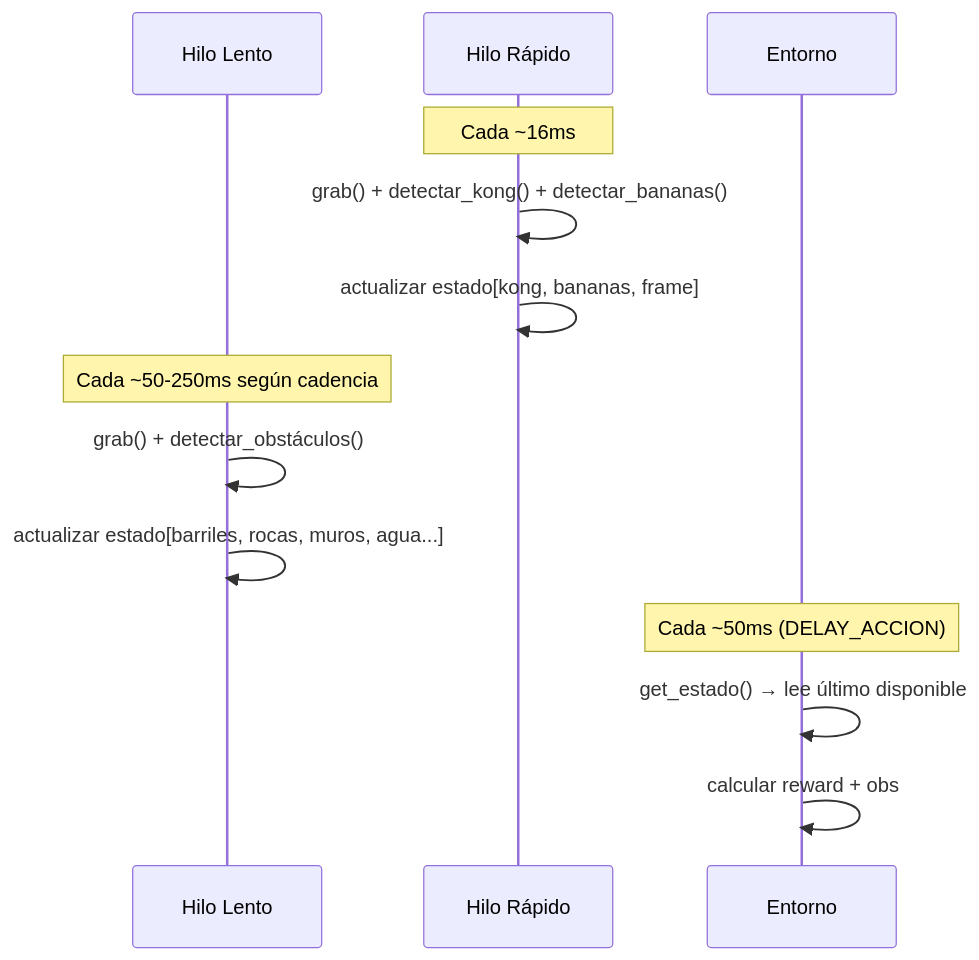
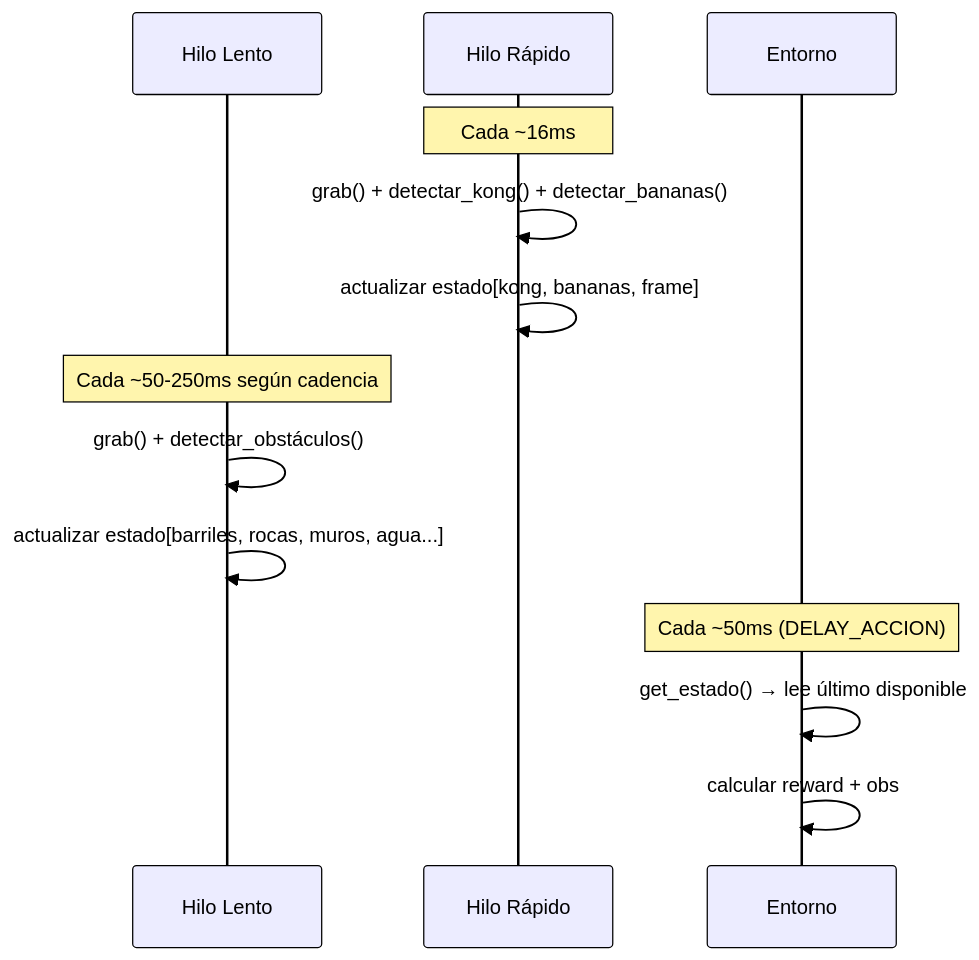
One commit to openlabun/KongBot changed the third of 3 diagrams in Informe.md. Above: the diagram before and after it, drawn with Mermaid. The commit also changed other lines of this file, not shown here.

Commit message:
Update Informe.md: Diagramas mas entendibles

````diff
--- a/Informe.md
+++ b/Informe.md
@@ -380,18 +394,19 @@
 ```mermaid
+%%{init: {'themeVariables': {'actorBorder': '#000', 'actorTextColor': '#000', 'actorLineColor': '#000', 'signalColor': '#000', 'signalTextColor': '#000', 'noteTextColor': '#000', 'noteBorderColor': '#000'}}}%%
 sequenceDiagram
     participant HL as Hilo Lento
     participant HR as Hilo Rápido
     participant ENV as Entorno
     
     Note over HR: Cada ~16ms
     HR->>HR: grab() + detectar_kong() + detectar_bananas()
     HR->>HR: actualizar estado[kong, bananas, frame]
     
     Note over HL: Cada ~50-250ms según cadencia
     HL->>HL: grab() + detectar_obstáculos()
     HL->>HL: actualizar estado[barriles, rocas, muros, agua...]
     
     Note over ENV: Cada ~50ms (DELAY_ACCION)
     ENV->>ENV: get_estado() → lee último disponible
     ENV->>ENV: calcular reward + obs
 ```
````
